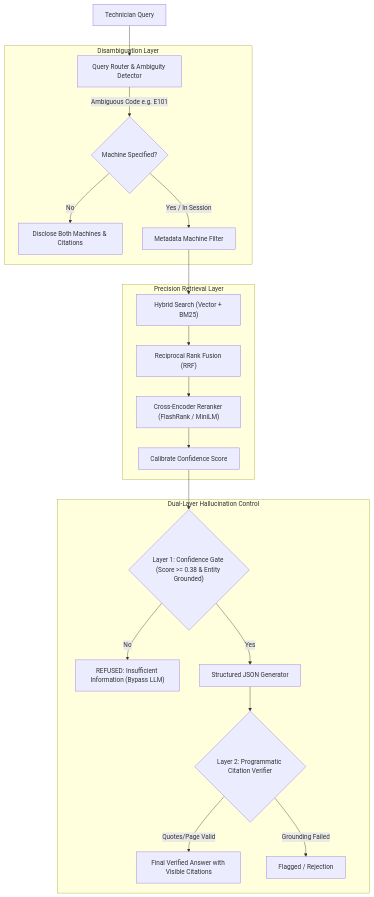
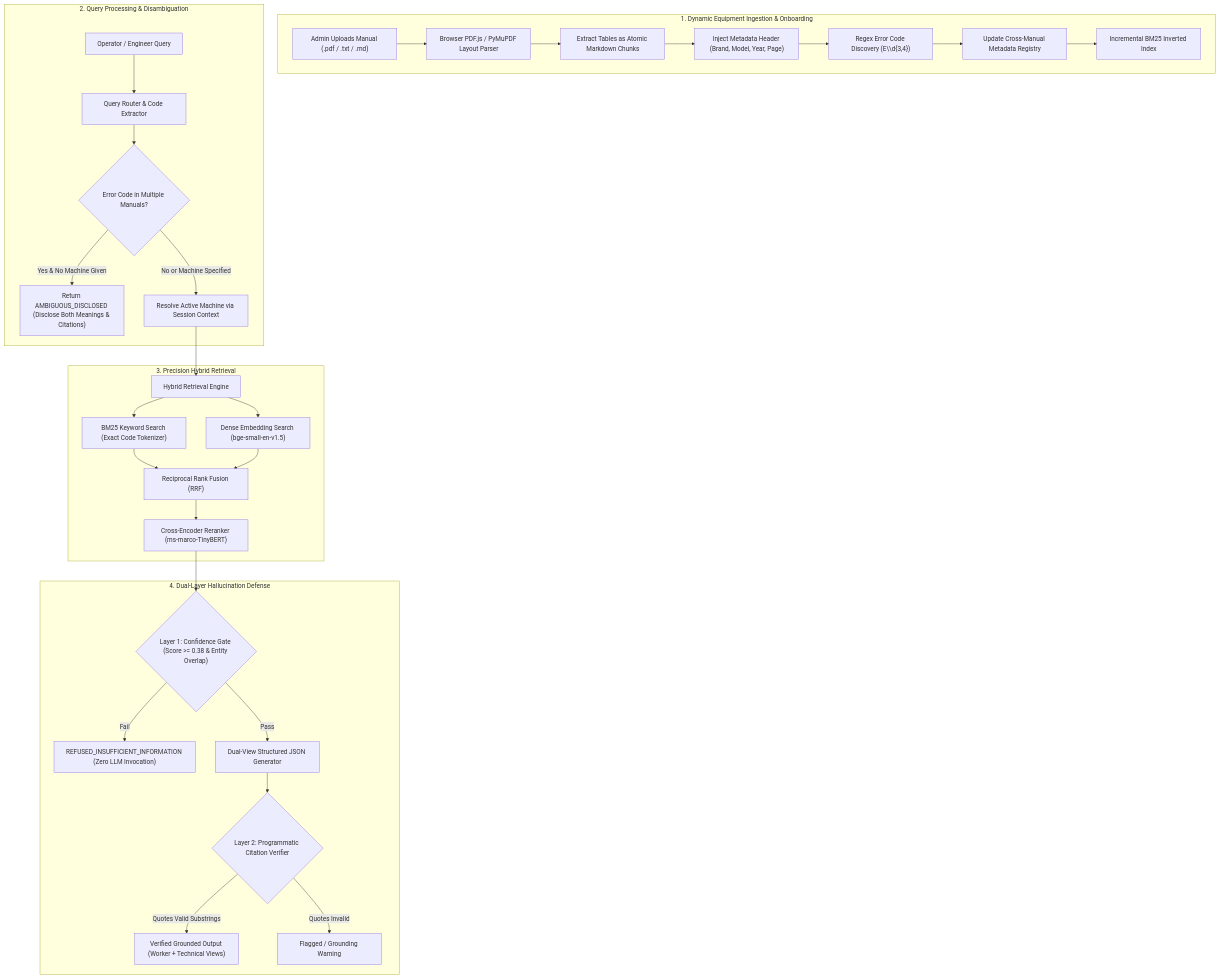
One commit to nikhil24x5183-netizen/VH26-TECHX changed the first of 2 diagrams in ARCHITECTURE.md. Above: the diagram before and after it, drawn with Mermaid. The commit also changed other lines of this file and 10 other files, not shown here.

Commit message:
feat: upgrade Factory Floor Troubleshooting Assistant with equipment onboarding studio, dual-view UI, clean white theme, and comprehensive README and ARCHITECTURE

````diff
--- a/ARCHITECTURE.md
+++ b/ARCHITECTURE.md
@@ -6,26 +14,35 @@
 ```mermaid
 flowchart TD
-    UserQuery["Technician Query"] --> Router["Query Router & Ambiguity Detector"]
-    
-    subgraph Ambiguity["Disambiguation Layer"]
-        Router -->|Ambiguous Code e.g. E101| AmbiguCheck{"Machine Specified?"}
-        AmbiguCheck -->|No| Disclose["Disclose Both Machines & Citations"]
-        AmbiguCheck -->|Yes / In Session| Filter["Metadata Machine Filter"]
+    subgraph Ingestion["1. Dynamic Equipment Ingestion & Onboarding"]
+        AdminManual["Admin Uploads Manual (.pdf / .txt / .md)"] --> PDFJS["Browser PDF.js / PyMuPDF Layout Parser"]
+        PDFJS --> TableExtract["Extract Tables as Atomic Markdown Chunks"]
+        TableExtract --> ChunkHeader["Inject Metadata Header (Brand, Model, Year, Page)"]
+        ChunkHeader --> CodeDiscovery["Regex Error Code Discovery (E\\d{3,4})"]
+        CodeDiscovery --> RegistryUpdate["Update Cross-Manual Metadata Registry"]
+        RegistryUpdate --> BM25Build["Incremental BM25 Inverted Index"]
     end
-    
-    subgraph Retrieval["Precision Retrieval Layer"]
-        Filter --> Hybrid["Hybrid Search (Vector + BM25)"]
-        Hybrid --> RRF["Reciprocal Rank Fusion (RRF)"]
-        RRF --> Rerank["Cross-Encoder Reranker (FlashRank / MiniLM)"]
-        Rerank --> ScoreCalc["Calibrate Confidence Score"]
+
+    subgraph QueryPipeline["2. Query Processing & Disambiguation"]
+        UserQuery["Operator / Engineer Query"] --> Router["Query Router & Code Extractor"]
+        Router --> CheckAmbiguity{"Error Code in Multiple Manuals?"}
+        CheckAmbiguity -->|Yes & No Machine Given| DiscloseBoth["Return AMBIGUOUS_DISCLOSED (Disclose Both Meanings & Citations)"]
+        CheckAmbiguity -->|No or Machine Specified| SessionResolve["Resolve Active Machine via Session Context"]
     end
-    
-    subgraph Hallucination["Dual-Layer Hallucination Control"]
-        ScoreCalc --> Gate{"Layer 1: Confidence Gate (Score >= 0.38 & Entity Grounded)"}
-        Gate -->|No| Refusal["REFUSED: Insufficient Information (Bypass LLM)"]
-        Gate -->|Yes| LLMGen["Structured JSON Generator"]
-        LLMGen --> Verifier{"Layer 2: Programmatic Citation Verifier"}
-        Verifier -->|Quotes/Page Valid| Output["Final Verified Answer with Visible Citations"]
-        Verifier -->|Grounding Failed| Flagged["Flagged / Rejection"]
+
+    subgraph HybridRetrieval["3. Precision Hybrid Retrieval"]
+        SessionResolve --> Hybrid["Hybrid Retrieval Engine"]
+        Hybrid --> BM25Search["BM25 Keyword Search (Exact Code Tokenizer)"]
+        Hybrid --> DenseSearch["Dense Embedding Search (bge-small-en-v1.5)"]
+        BM25Search & DenseSearch --> RRF["Reciprocal Rank Fusion (RRF)"]
+        RRF --> CrossEncoder["Cross-Encoder Reranker (ms-marco-TinyBERT)"]
+    end
+
+    subgraph HallucinationControl["4. Dual-Layer Hallucination Defense"]
+        CrossEncoder --> Gate{"Layer 1: Confidence Gate (Score >= 0.38 & Entity Overlap)"}
+        Gate -->|Fail| Refusal["REFUSED_INSUFFICIENT_INFORMATION (Zero LLM Invocation)"]
+        Gate -->|Pass| Generator["Dual-View Structured JSON Generator"]
+        Generator --> Verifier{"Layer 2: Programmatic Citation Verifier"}
+        Verifier -->|Quotes Valid Substrings| Output["Verified Grounded Output (Worker + Technical Views)"]
+        Verifier -->|Quotes Invalid| Fallback["Flagged / Grounding Warning"]
     end
 ```
````
